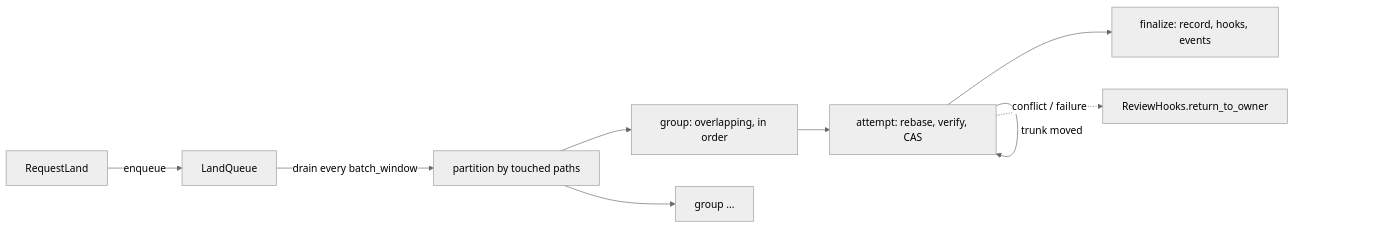
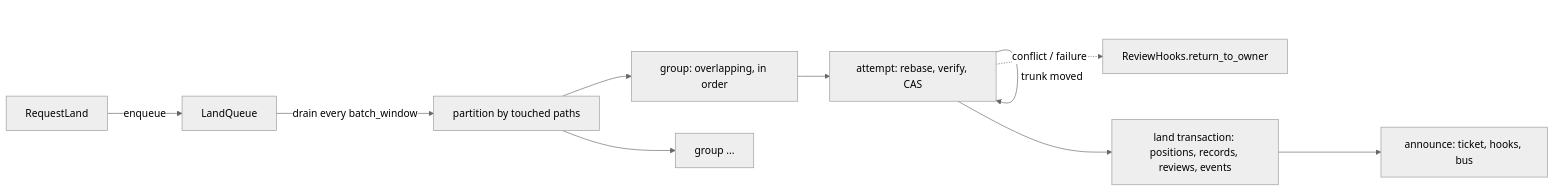
Before and after one commit to envoy1084/rill: the diagram in architecture/04-workflow/landing.md, drawn with Mermaid (neutral theme). The commit also changed other lines of this file and 15 other files, not shown here.

Commit message:
docs: orgs, split reviews, full-state workspace operations, retries, and the commit and land transactions

````diff
--- a/architecture/04-workflow/landing.md
+++ b/architecture/04-workflow/landing.md
@@ -11,11 +12,12 @@
 ```mermaid
 flowchart LR
     RL[RequestLand] -->|enqueue| Q[LandQueue]
     Q -->|drain every batch_window| P[partition by touched paths]
     P --> G1[group: overlapping, in order]
     P --> G2[group ...]
     G1 --> A[attempt: rebase, verify, CAS]
     A -->|trunk moved| A
-    A --> F[finalize: record, hooks, events]
+    A --> F[land transaction: positions, records, reviews, events]
+    F --> N[announce: ticket, hooks, bus]
     A -.->|conflict / failure| H[ReviewHooks.return_to_owner]
 ```
````
